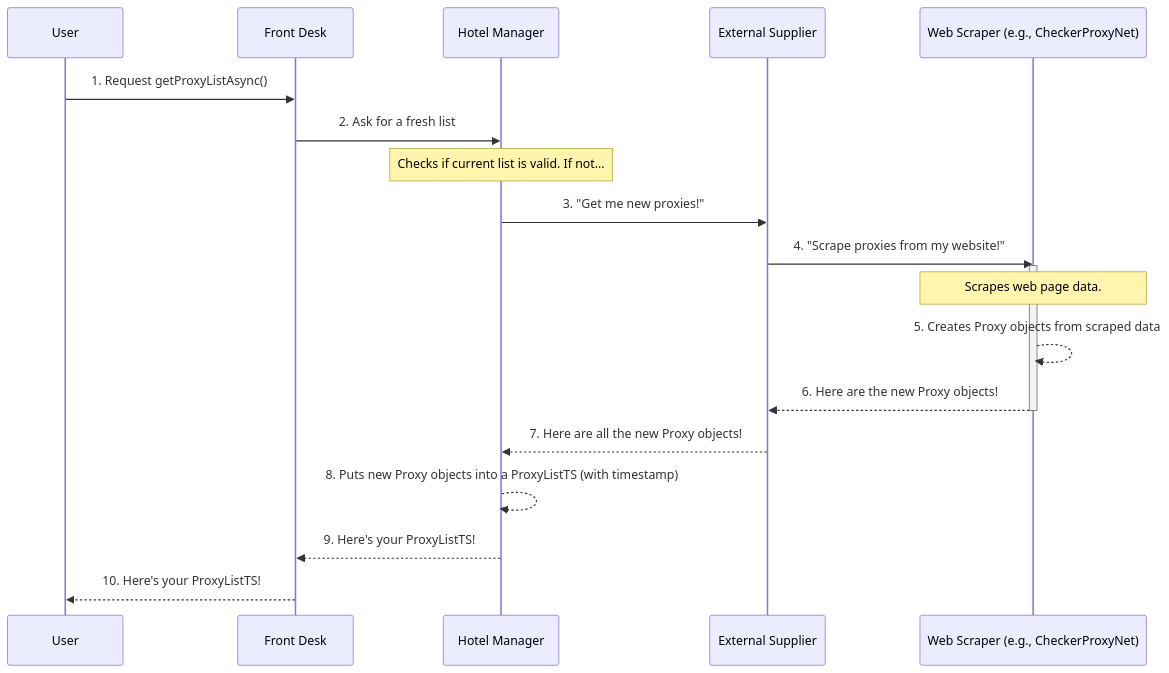
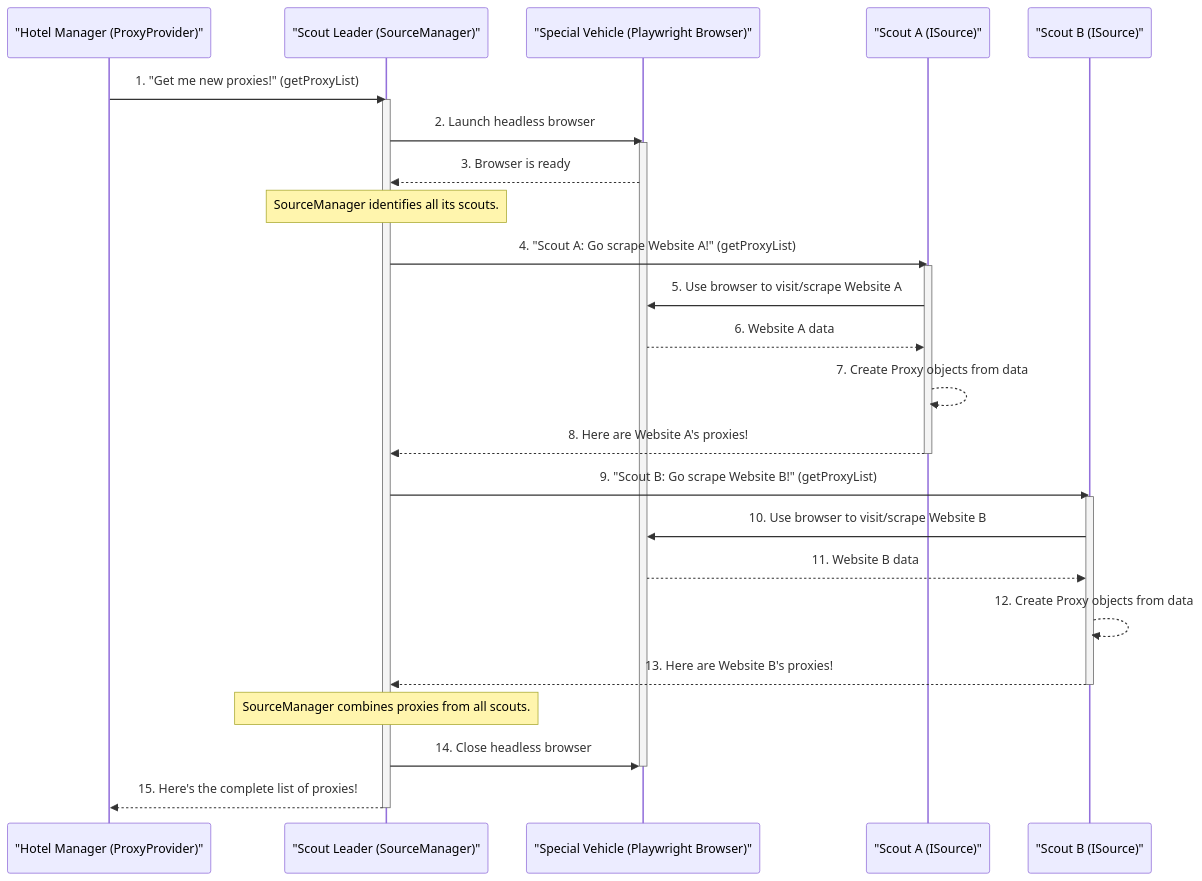
One commit to yasirerkam/proxyOPI changed the diagram in Codebase to Tutorial/Chapter 4: External Proxy Gatherer (SourceManager).md. Above: the diagram before and after it, drawn with Mermaid. The commit also changed other lines of this file, not shown here.

First line of the commit message:
Revise Chapter 4 to focus on SourceManager

````diff
--- a/Codebase to Tutorial/Chapter 4: External Proxy Gatherer (SourceManager).md
+++ b/Codebase to Tutorial/Chapter 4: External Proxy Gatherer (SourceManager).md
@@ -198,23 +42,36 @@
 ```mermaid
 sequenceDiagram
-    participant User
-    participant ProxyOPI as Front Desk
-    participant ProxyProvider as Hotel Manager
-    participant SourceManager as External Supplier
-    participant ISource as Web Scraper (e.g., CheckerProxyNet)
+    participant ProxyProvider as "Hotel Manager (ProxyProvider)"
+    participant SourceManager as "Scout Leader (SourceManager)"
+    participant HeadlessBrowser as "Special Vehicle (Playwright Browser)"
+    participant ScoutA as "Scout A (ISource)"
+    participant ScoutB as "Scout B (ISource)"
 
-    User->>ProxyOPI: 1. Request getProxyListAsync()
-    ProxyOPI->>ProxyProvider: 2. Ask for a fresh list
-    Note over ProxyProvider: Checks if current list is valid. If not...
-    ProxyProvider->>SourceManager: 3. "Get me new proxies!"
-    SourceManager->>ISource: 4. "Scrape proxies from my website!"
-    activate ISource
-    Note over ISource: Scrapes web page data.
-    ISource-->>ISource: 5. Creates Proxy objects from scraped data
-    ISource-->>SourceManager: 6. Here are the new Proxy objects!
-    deactivate ISource
-    SourceManager-->>ProxyProvider: 7. Here are all the new Proxy objects!
-    ProxyProvider-->>ProxyProvider: 8. Puts new Proxy objects into a ProxyListTS (with timestamp)
-    ProxyProvider-->>ProxyOPI: 9. Here's your ProxyListTS!
-    ProxyOPI-->>User: 10. Here's your ProxyListTS!
+    ProxyProvider->>SourceManager: 1. "Get me new proxies!" (getProxyList)
+    activate SourceManager
+    SourceManager->>HeadlessBrowser: 2. Launch headless browser
+    activate HeadlessBrowser
+    HeadlessBrowser-->>SourceManager: 3. Browser is ready
+    Note over SourceManager: SourceManager identifies all its scouts.
+    SourceManager->>ScoutA: 4. "Scout A: Go scrape Website A!" (getProxyList)
+    activate ScoutA
+    ScoutA->>HeadlessBrowser: 5. Use browser to visit/scrape Website A
+    HeadlessBrowser-->>ScoutA: 6. Website A data
+    ScoutA-->>ScoutA: 7. Create Proxy objects from data
+    ScoutA-->>SourceManager: 8. Here are Website A's proxies!
+    deactivate ScoutA
+
+    SourceManager->>ScoutB: 9. "Scout B: Go scrape Website B!" (getProxyList)
+    activate ScoutB
+    ScoutB->>HeadlessBrowser: 10. Use browser to visit/scrape Website B
+    HeadlessBrowser-->>ScoutB: 11. Website B data
+    ScoutB-->>ScoutB: 12. Create Proxy objects from data
+    ScoutB-->>SourceManager: 13. Here are Website B's proxies!
+    deactivate ScoutB
+
+    Note over SourceManager: SourceManager combines proxies from all scouts.
+    SourceManager->>HeadlessBrowser: 14. Close headless browser
+    deactivate HeadlessBrowser
+    SourceManager-->>ProxyProvider: 15. Here's the complete list of proxies!
+    deactivate SourceManager
 ```
````
